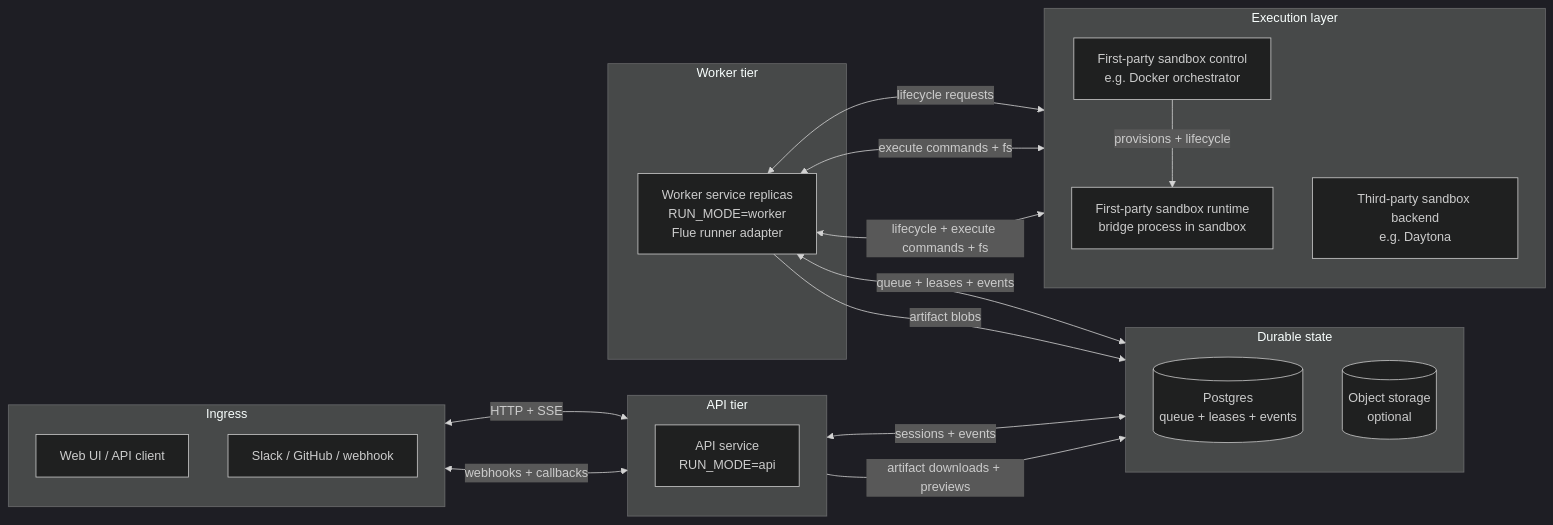
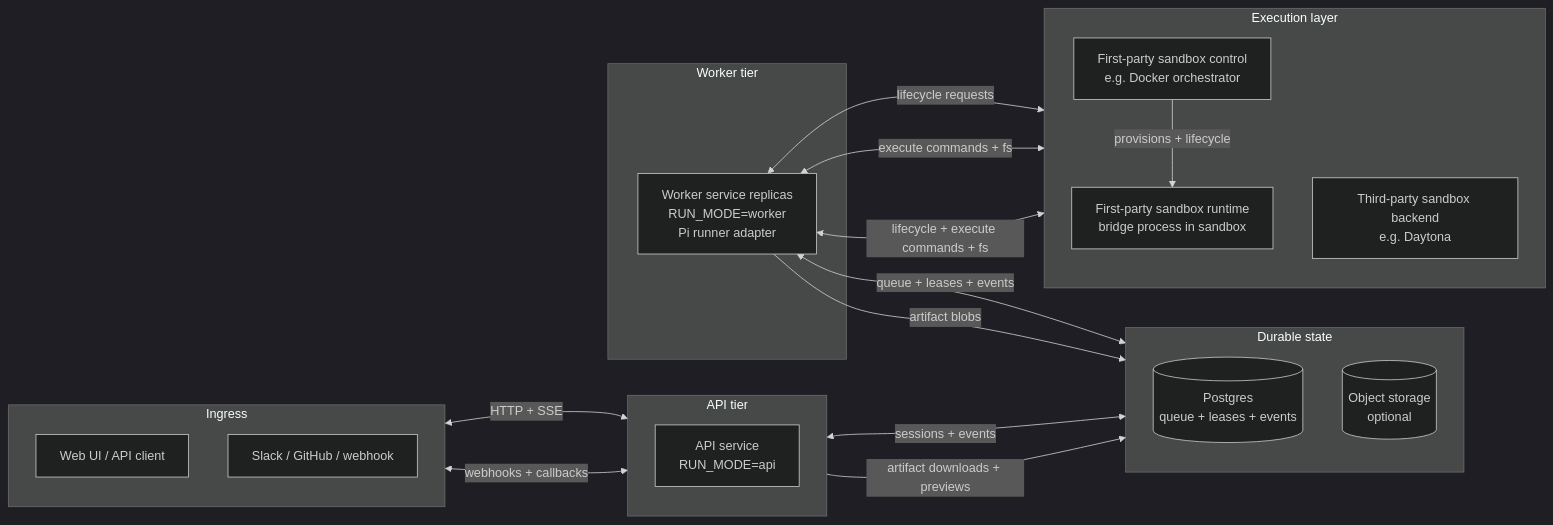
Before and after one commit to sidpalas/deputies: the second of 2 diagrams in docs/architecture.md, drawn with Mermaid (dark theme). The commit also changed other lines of this file and 25 other files, not shown here.

First line of the commit message:
chore: prefer pi runner and deprecate flue (#83)

````diff
--- a/docs/architecture.md
+++ b/docs/architecture.md
@@ -135,41 +137,41 @@
 ```mermaid
 flowchart LR
   subgraph Ingress[Ingress]
     direction TB
     Client[Web UI / API client]
     Integration[Slack / GitHub / webhook]
   end
 
   subgraph APIService[API tier]
     direction TB
     API[API service<br/>RUN_MODE=api]
   end
 
   subgraph WorkerTier[Worker tier]
-    Workers[Worker service replicas<br/>RUN_MODE=worker<br/>Flue runner adapter]
+    Workers[Worker service replicas<br/>RUN_MODE=worker<br/>Pi runner adapter]
   end
 
   subgraph Durable[Durable state]
     direction TB
     Postgres[(Postgres<br/>queue + leases + events)]
     ObjectStorage[(Object storage<br/>optional)]
   end
 
   subgraph Execution[Execution layer]
     direction TB
     FirstPartyControl[First-party sandbox control<br/>e.g. Docker orchestrator]
     FirstPartySandbox[First-party sandbox runtime<br/>bridge process in sandbox]
     ThirdPartyBackend[Third-party sandbox backend<br/>e.g. Daytona]
   end
 
   Client <-->|HTTP + SSE| API
   Integration <-->|webhooks + callbacks| API
   API <-->|sessions + events| Postgres
   API -->|artifact downloads + previews| ObjectStorage
   Workers <-->|queue + leases + events| Postgres
   Workers -->|artifact blobs| ObjectStorage
   Workers <-->|lifecycle requests| FirstPartyControl
   FirstPartyControl -->|provisions + lifecycle| FirstPartySandbox
   Workers <-->|execute commands + fs| FirstPartySandbox
   Workers <-->|lifecycle + execute commands + fs| ThirdPartyBackend
 ```
````
